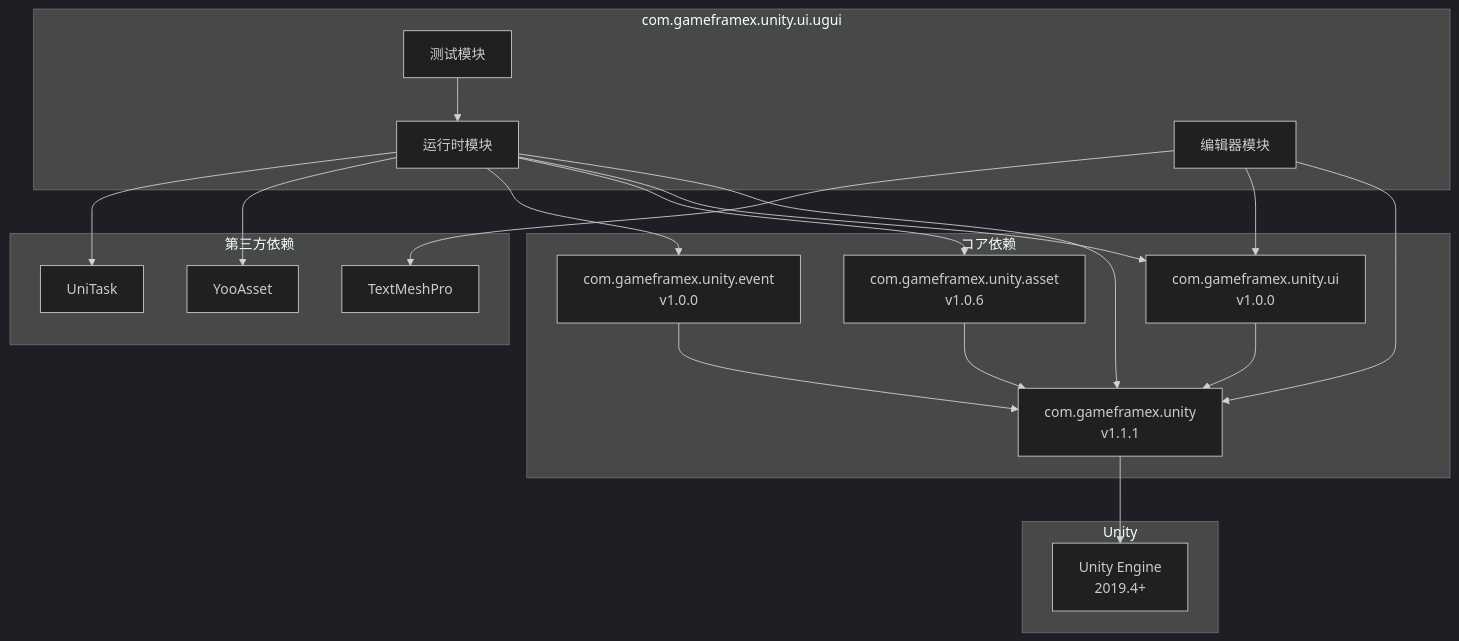
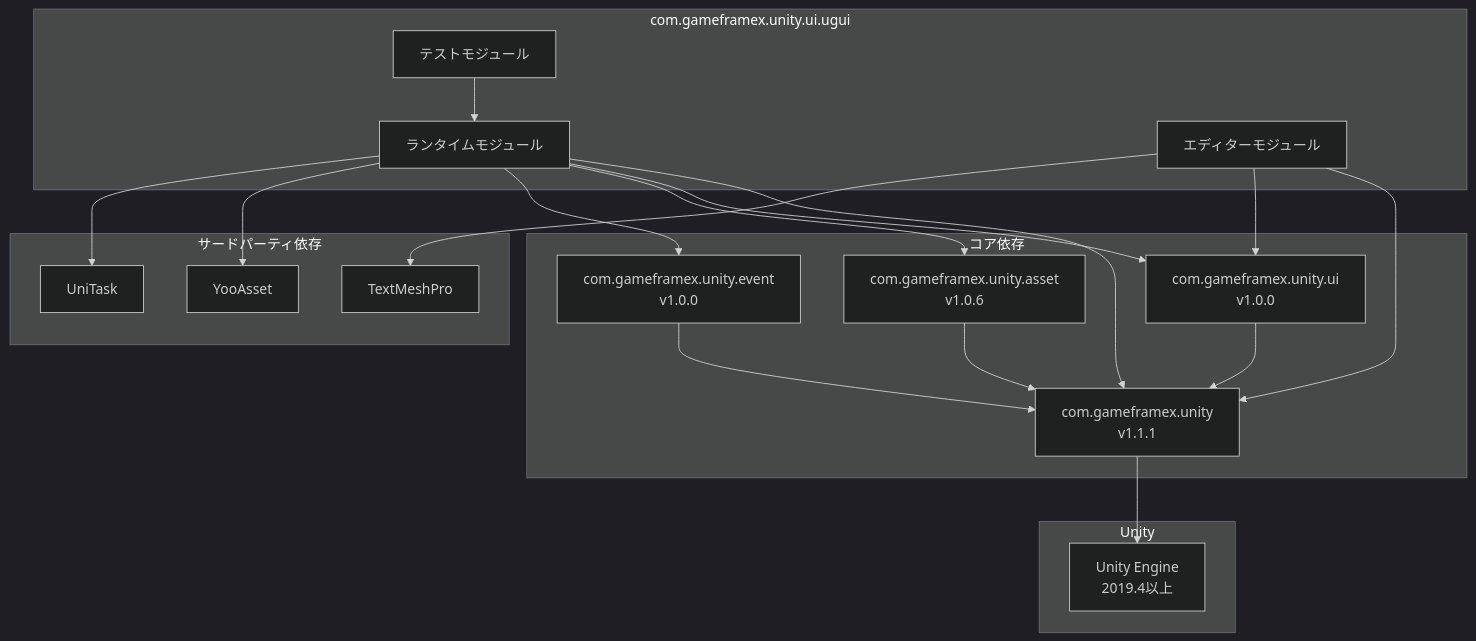
The diagram in docs/ja/client/unity/component/ui-ugui/05.dependencies.md (AlianBlank/GameFrameX.Docs), drawn with Mermaid (dark theme) before and after one commit. The commit also changed other lines of this file and 320 other files, not shown here.

````diff
--- a/docs/ja/client/unity/component/ui-ugui/05.dependencies.md
+++ b/docs/ja/client/unity/component/ui-ugui/05.dependencies.md
@@ -99,40 +99,40 @@
 ```mermaid
 graph TD
     subgraph GameFrameX_UGUI["com.gameframex.unity.ui.ugui"]
-        Runtime["运行时模块"]
-        Editor["编辑器模块"]
-        Tests["测试模块"]
+        Runtime["ランタイムモジュール"]
+        Editor["エディターモジュール"]
+        Tests["テストモジュール"]
     end
 
-    subgraph Core_Dependencies["コア依赖"]
+    subgraph Core_Dependencies["コア依存"]
         Core["com.gameframex.unity<br/>v1.1.1"]
         UI["com.gameframex.unity.ui<br/>v1.0.0"]
         Asset["com.gameframex.unity.asset<br/>v1.0.6"]
         Event["com.gameframex.unity.event<br/>v1.0.0"]
     end
 
-    subgraph ThirdParty["第三方依赖"]
+    subgraph ThirdParty["サードパーティ依存"]
         YooAsset["YooAsset"]
         UniTask["UniTask"]
         TMP["TextMeshPro"]
     end
 
     subgraph Unity["Unity"]
-        UnityEngine["Unity Engine<br/>2019.4+"]
+        UnityEngine["Unity Engine<br/>2019.4以上"]
     end
 
     Runtime --> Core
     Runtime --> UI
     Runtime --> Asset
     Runtime --> Event
     Runtime --> YooAsset
     Runtime --> UniTask
     Editor --> Core
     Editor --> UI
     Editor --> TMP
     Tests --> Runtime
     Core --> UnityEngine
     UI --> Core
     Asset --> Core
     Event --> Core
 ```
````
